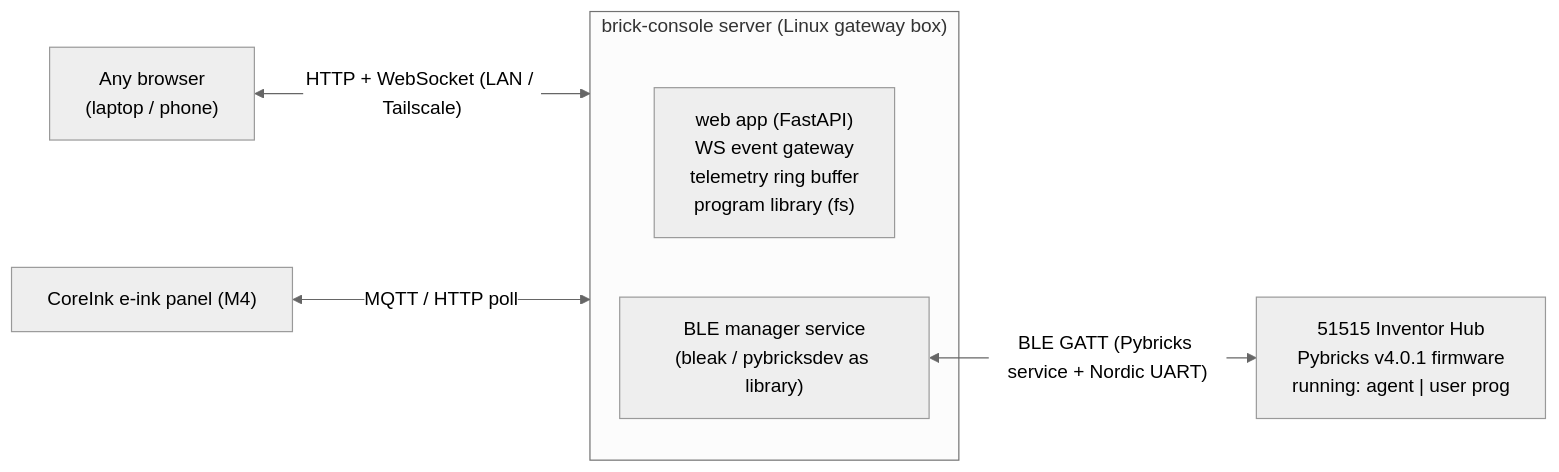
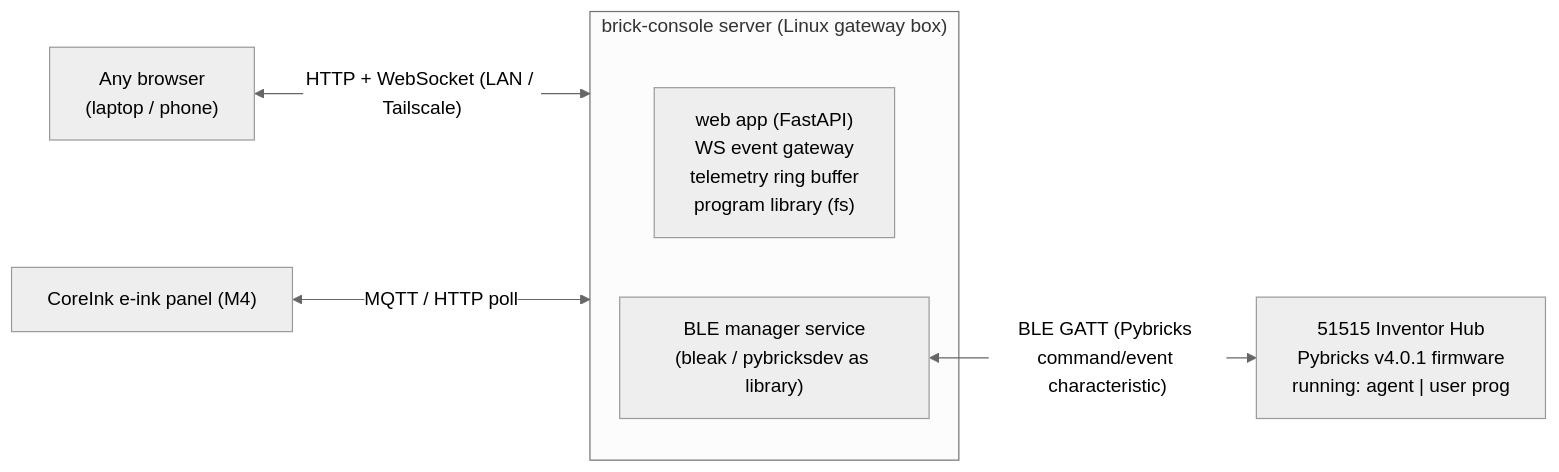
One commit to peara/brick-console changed the first of 2 diagrams in docs/architecture.md. Above: the diagram before and after it, drawn with Mermaid (neutral theme). The commit also changed other lines of this file and 8 other files, not shown here.

````diff
--- a/docs/architecture.md
+++ b/docs/architecture.md
@@ -7,16 +7,16 @@
 ```mermaid
 flowchart LR
     Browser["Any browser<br/>(laptop / phone)"]
     CoreInk["CoreInk e-ink panel (M4)"]
 
     subgraph Server["brick-console server (Linux gateway box)"]
         WebApp["web app (FastAPI)<br/>WS event gateway<br/>telemetry ring buffer<br/>program library (fs)"]
         BLE["BLE manager service<br/>(bleak / pybricksdev as library)"]
     end
 
     Hub["51515 Inventor Hub<br/>Pybricks v4.0.1 firmware<br/>running: agent | user prog"]
 
     Browser <-->|"HTTP + WebSocket (LAN / Tailscale)"| Server
     CoreInk <-->|"MQTT / HTTP poll"| Server
-    BLE <-->|"BLE GATT (Pybricks service + Nordic UART)"| Hub
+    BLE <-->|"BLE GATT (Pybricks command/event characteristic)"| Hub
 ```
````
